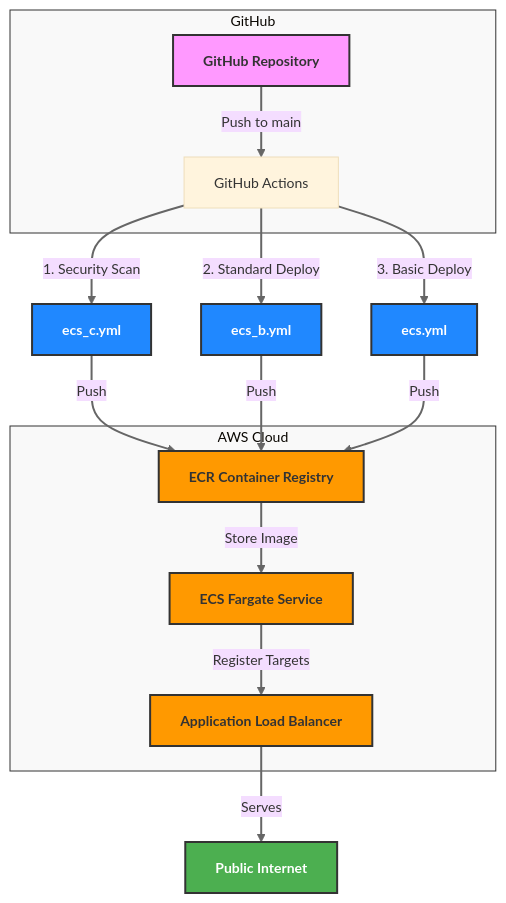
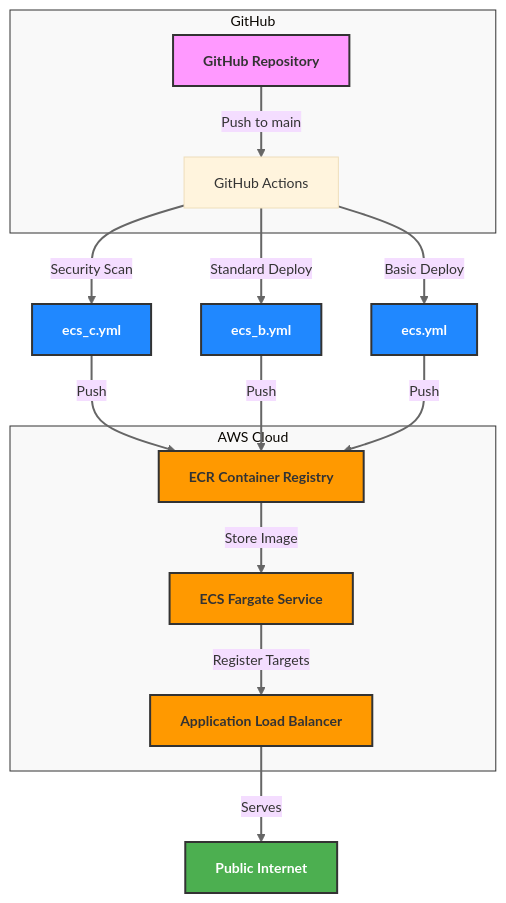
One commit to matthewntsiful/aws-ecs-deployment changed the diagram in README.md. Above: the diagram before and after it, drawn with Mermaid.

````diff
--- a/README.md
+++ b/README.md
@@ -39,44 +39,44 @@
 ```mermaid
 %%{init: {'theme': 'base', 'themeVariables': { 'fontSize': '14px', 'fontFamily': 'Arial' }}}%%
 flowchart TD
     subgraph GitHub[GitHub]
         A[GitHub Repository] -->|Push to main| B[GitHub Actions]
     end
 
     subgraph AWS[AWS Cloud]
         C[ECR Container Registry]
         D[ECS Fargate Service]
         E[Application Load Balancer]
         
         C -->|Store Image| D
         D -->|Register Targets| E
     end
     
     %% Workflow files
-    B -->|1. Security Scan| B1[ecs_c.yml]
-    B -->|2. Standard Deploy| B2[ecs_b.yml]
-    B -->|3. Basic Deploy| B3[ecs.yml]
+    B -->|Security Scan| B1[ecs_c.yml]
+    B -->|Standard Deploy| B2[ecs_b.yml]
+    B -->|Basic Deploy| B3[ecs.yml]
     
     %% Push image actions
     B1 -->|Push| C
     B2 -->|Push| C
     B3 -->|Push| C
     
     E -->|Serves| F[Public Internet]
     
     %% Styling
     classDef github fill:#f9f,stroke:#333,stroke-width:2px,font-weight:bold
     classDef workflow fill:#2088FF,stroke:#333,stroke-width:2px,color:white,font-weight:bold
     classDef aws fill:#FF9900,stroke:#333,stroke-width:2px,font-weight:bold
     classDef internet fill:#4CAF50,stroke:#333,stroke-width:2px,color:white,font-weight:bold
     
     class A github
     class B1,B2,B3 workflow
     class C,D,E aws
     class F internet
     
     %% Styling
     linkStyle default stroke:#666,stroke-width:2px
     style AWS fill:#f9f9f9,stroke:#333,stroke-width:1px
     style GitHub fill:#f9f9f9,stroke:#333,stroke-width:1px
 ```
````
